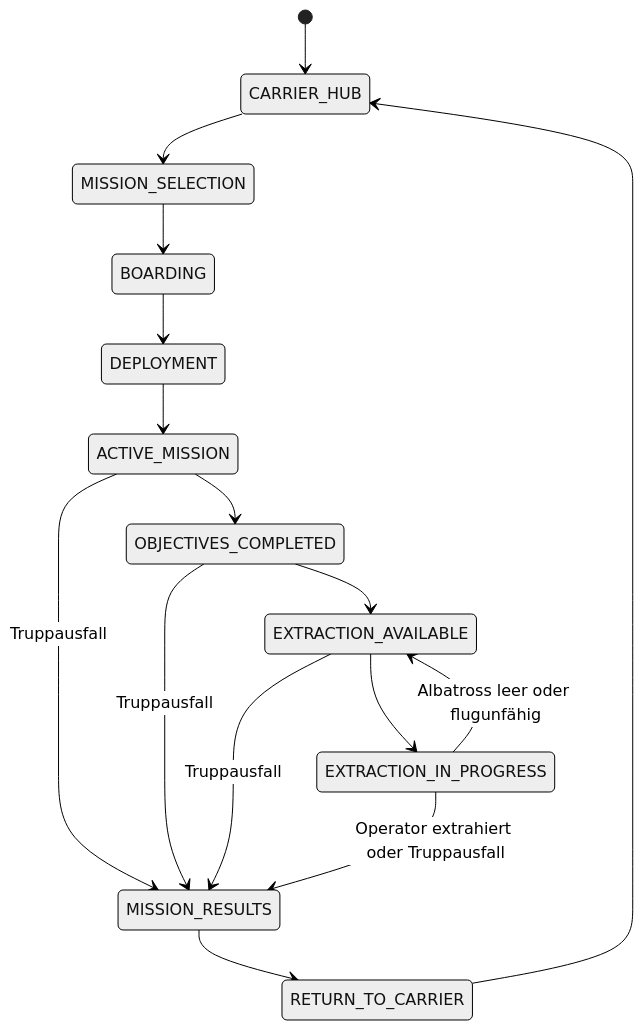
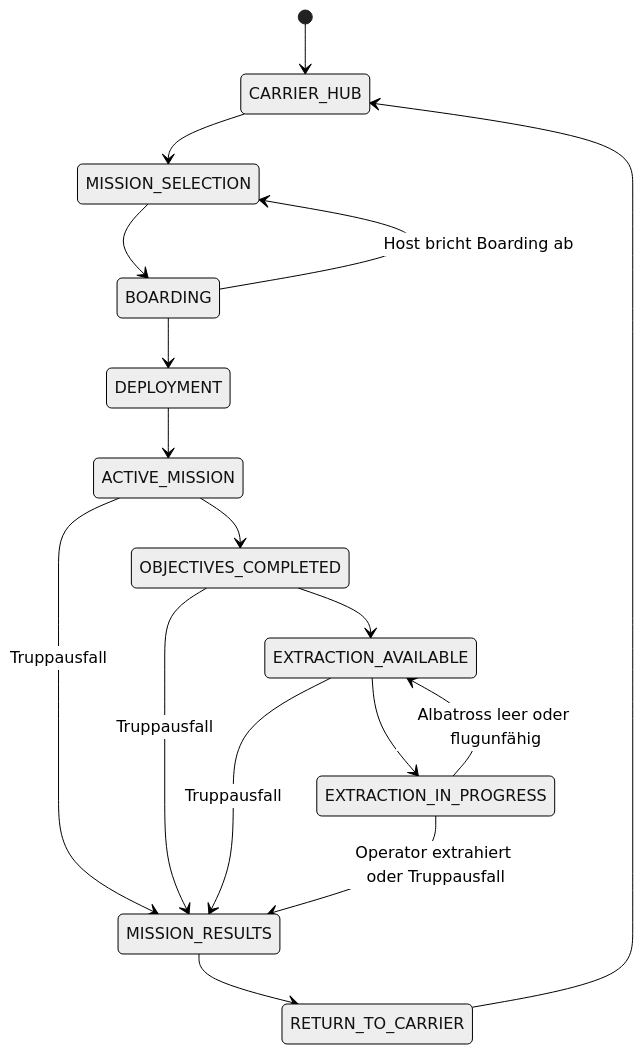
One commit to eschafellner/freefall changed the diagram in docs/GAME_FLOW.md. Above: the diagram before and after it, drawn with Mermaid (neutral theme). The commit also changed other lines of this file and 629 other files, not shown here.

````diff
--- a/docs/GAME_FLOW.md
+++ b/docs/GAME_FLOW.md
@@ -3,18 +3,19 @@
 ```mermaid
 stateDiagram-v2
     [*] --> CARRIER_HUB
     CARRIER_HUB --> MISSION_SELECTION
     MISSION_SELECTION --> BOARDING
     BOARDING --> DEPLOYMENT
+    BOARDING --> MISSION_SELECTION: Host bricht Boarding ab
     DEPLOYMENT --> ACTIVE_MISSION
     ACTIVE_MISSION --> OBJECTIVES_COMPLETED
     OBJECTIVES_COMPLETED --> EXTRACTION_AVAILABLE
     EXTRACTION_AVAILABLE --> EXTRACTION_IN_PROGRESS
     EXTRACTION_IN_PROGRESS --> EXTRACTION_AVAILABLE: Albatross leer oder flugunfähig
     ACTIVE_MISSION --> MISSION_RESULTS: Truppausfall
     OBJECTIVES_COMPLETED --> MISSION_RESULTS: Truppausfall
     EXTRACTION_AVAILABLE --> MISSION_RESULTS: Truppausfall
     EXTRACTION_IN_PROGRESS --> MISSION_RESULTS: Operator extrahiert oder Truppausfall
     MISSION_RESULTS --> RETURN_TO_CARRIER
     RETURN_TO_CARRIER --> CARRIER_HUB
 ```
````
